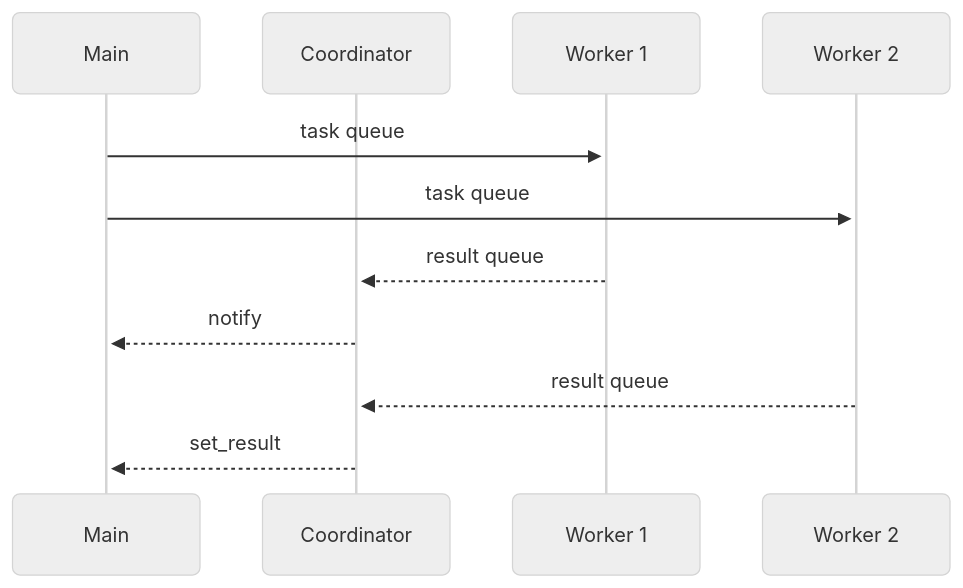
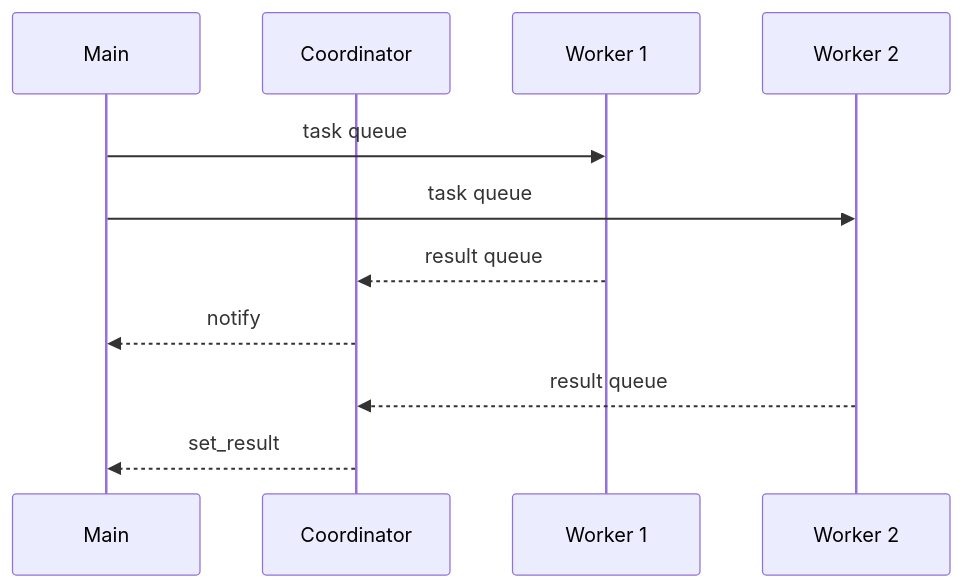
Before and after one commit to Jamie-Chang/aiointerpreters: the diagram in README.md, drawn with Mermaid.

````diff
--- a/README.md
+++ b/README.md
@@ -31,18 +31,13 @@
 ```mermaid
----
-config:
-  theme: neutral
-  look: neo
----
 sequenceDiagram
   participant M as Main
   participant C as Coordinator
   participant W1 as Worker 1
   participant W2 as Worker 2
   M ->> W1: task queue
   M ->> W2: task queue
   W1 -->> C: result queue
   C -->> M: notify
   W2 -->> C: result queue
   C -->> M: set_result
 ```
````
